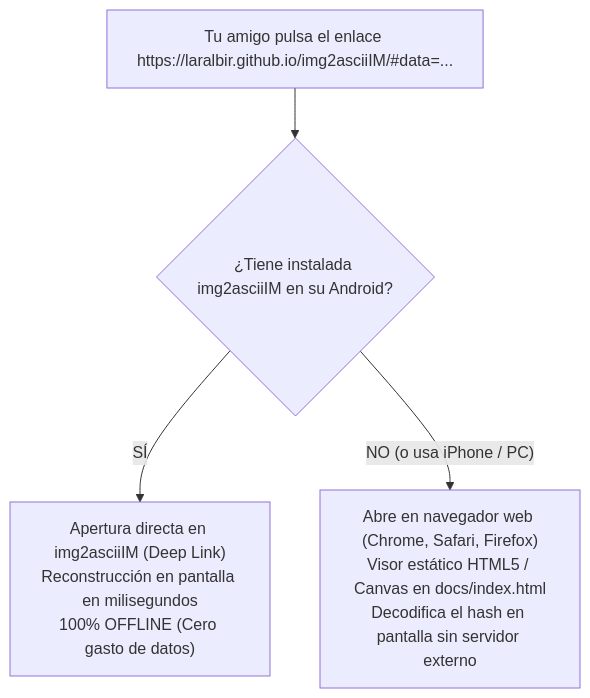
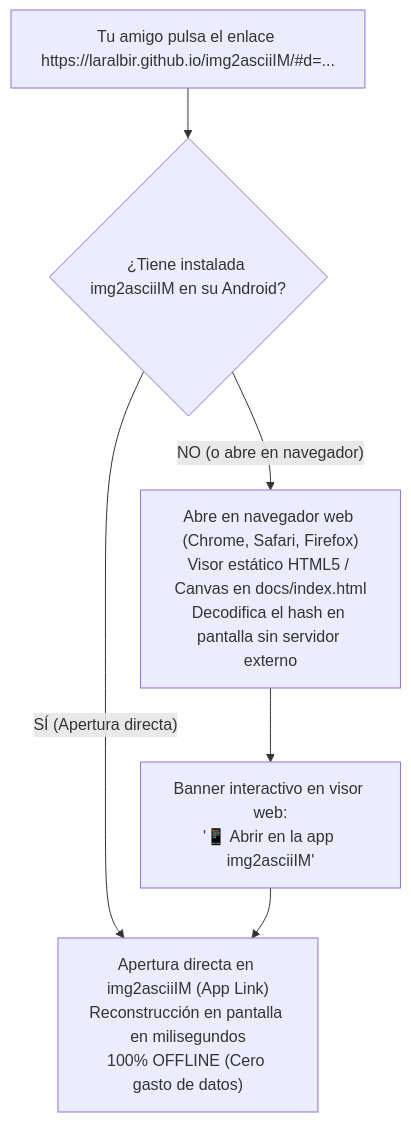
The fourth of 4 diagrams in docs/USER_GUIDE.md (laralbir/img2asciiIM), drawn with Mermaid before and after one commit. The commit also changed other lines of this file and 21 other files, not shown here.

Commit message:
fix(core): adapt deep links to message limits, WebP codec, app link intent, and clean empty state

````diff
--- a/docs/USER_GUIDE.md
+++ b/docs/USER_GUIDE.md
@@ -303,7 +307,9 @@
 ```mermaid
 flowchart TD
-    Enlace["Tu amigo pulsa el enlace https://laralbir.github.io/img2asciiIM/#data=..."]
+    Enlace["Tu amigo pulsa el enlace https://laralbir.github.io/img2asciiIM/#d=..."]
     Enlace --> Dispositivo{"¿Tiene instalada img2asciiIM en su Android?"}
-    Dispositivo -- "SÍ" --> Nativo["Apertura directa en img2asciiIM (Deep Link)\nReconstrucción en pantalla en milisegundos\n100% OFFLINE (Cero gasto de datos)"]
-    Dispositivo -- "NO (o usa iPhone / PC)" --> Web["Abre en navegador web (Chrome, Safari, Firefox)\nVisor estático HTML5 / Canvas en docs/index.html\nDecodifica el hash en pantalla sin servidor externo"]
+    Dispositivo -- "SÍ (Apertura directa)" --> Nativo["Apertura directa en img2asciiIM (App Link)\nReconstrucción en pantalla en milisegundos\n100% OFFLINE (Cero gasto de datos)"]
+    Dispositivo -- "NO (o abre en navegador)" --> Web["Abre en navegador web (Chrome, Safari, Firefox)\nVisor estático HTML5 / Canvas en docs/index.html\nDecodifica el hash en pantalla sin servidor externo"]
+    Web --> Banner["Banner interactivo en visor web:\n'📱 Abrir en la app img2asciiIM'"]
+    Banner --> Nativo
 ```
````
